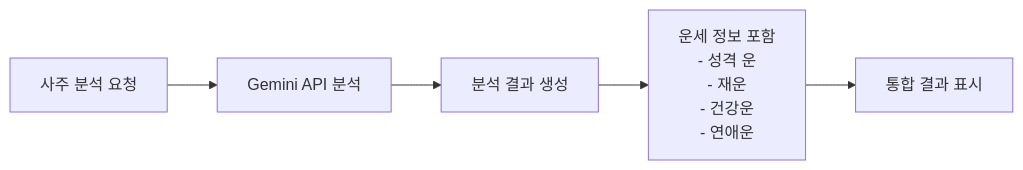
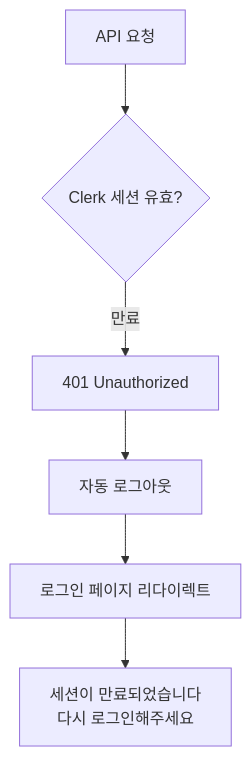
One commit to idoforgod/3-2-saju changed diagram 13 of 17 in docs/userflow.md. Above: the diagram before and after it, drawn with Mermaid. The commit also changed other lines of this file, not shown here.

First line of the commit message:
docs: PRD 기반 상세 사용자 플로우 문서 업데이트

````diff
--- a/docs/userflow.md
+++ b/docs/userflow.md
@@ -200,7 +945,8 @@
 ```mermaid
-flowchart LR
-    A[사주 분석 요청] --> B[Gemini API 분석]
-    B --> C[분석 결과 생성]
-    C --> D[운세 정보 포함<br>- 성격 운<br>- 재운<br>- 건강운<br>- 연애운]
-    D --> E[통합 결과 표시]
+flowchart TD
+    A[API 요청] --> B{Clerk 세션 유효?}
+    B -->|만료| C[401 Unauthorized]
+    C --> D[자동 로그아웃]
+    D --> E[로그인 페이지 리다이렉트]
+    E --> F["세션이 만료되었습니다<br/>다시 로그인해주세요"]
 ```
````
